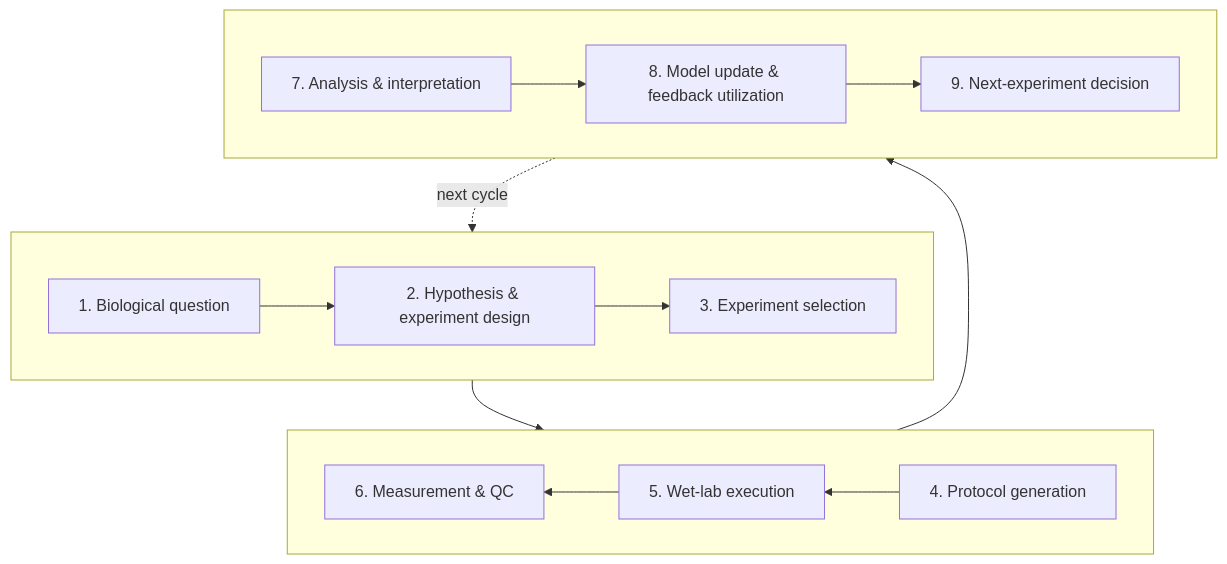
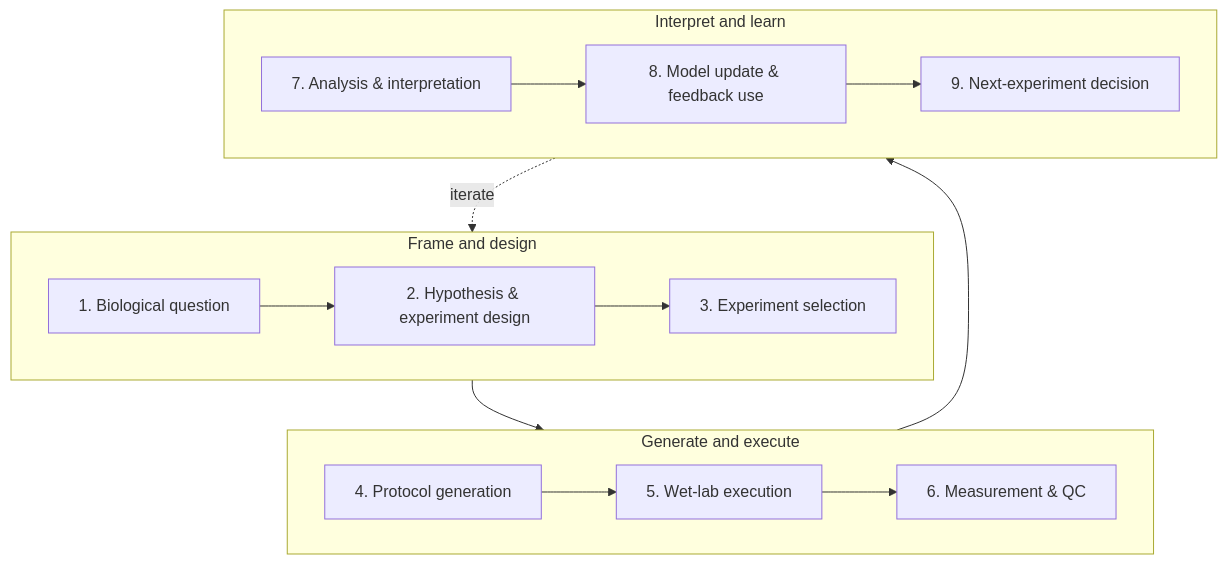
One commit to HSZD-Team/Awesome-Autonomous-Biology changed the diagram in README.md. Above: the diagram before and after it, drawn with Mermaid. The commit also changed other lines of this file and 35 other files, not shown here.

````diff
--- a/README.md
+++ b/README.md
@@ -19,18 +70,18 @@
 ```mermaid
 flowchart TB
-  subgraph R1[ ]
+  subgraph R1["Frame and design"]
     direction LR
     S1["1. Biological question"] --> S2["2. Hypothesis & experiment design"] --> S3["3. Experiment selection"]
   end
-  subgraph R2[ ]
-    direction RL
+  subgraph R2["Generate and execute"]
+    direction LR
     S4["4. Protocol generation"] --> S5["5. Wet-lab execution"] --> S6["6. Measurement & QC"]
   end
-  subgraph R3[ ]
+  subgraph R3["Interpret and learn"]
     direction LR
-    S7["7. Analysis & interpretation"] --> S8["8. Model update & feedback utilization"] --> S9["9. Next-experiment decision"]
+    S7["7. Analysis & interpretation"] --> S8["8. Model update & feedback use"] --> S9["9. Next-experiment decision"]
   end
   S3 --> S4
   S6 --> S7
-  S9 -. next cycle .-> S1
+  S9 -. "iterate" .-> S2
 ```
````
